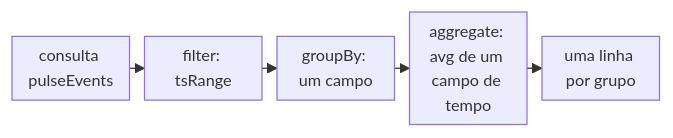
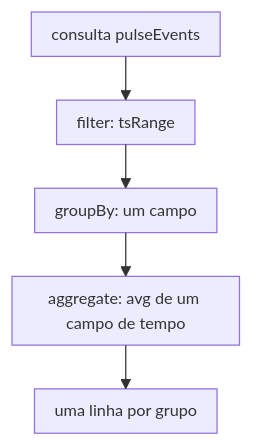
Before and after one commit to aziontech/docs: the diagram in apps/docs/src/content/docs/pt-br/pages/guias/observabilidade/consultar-medicoes-do-edge-pulse-com-graphql.mdx, drawn with Mermaid. The commit also changed 179 other files, not shown here.

Commit message:
docs(diagrams): redraw every other diagram in the use-case diagram style (#2513)

````diff
--- a/apps/docs/src/content/docs/pt-br/pages/guias/observabilidade/consultar-medicoes-do-edge-pulse-com-graphql.mdx
+++ b/apps/docs/src/content/docs/pt-br/pages/guias/observabilidade/consultar-medicoes-do-edge-pulse-com-graphql.mdx
@@ -18,8 +18,8 @@
 ```mermaid
-%%{init: {"layout": "dagre", "themeVariables": {"fontSize": "13px"}, "flowchart": {"nodeSpacing": 12, "rankSpacing": 12, "padding": 6, "wrappingWidth": 70, "minNodeWidth": 40, "useMaxWidth": true}}}%%
-flowchart LR
+%%{init: {"layout": "elk", "themeVariables": {"fontSize": "13px"}, "flowchart": {"nodeSpacing": 24, "rankSpacing": 36, "padding": 8, "wrappingWidth": 150, "useMaxWidth": true}, "sequence": {"width": 120, "actorMargin": 30, "useMaxWidth": true}}}%%
+flowchart TD
   Q["consulta pulseEvents"] --> Range["filter: tsRange"]
   Range --> Group["groupBy: um campo"]
   Group --> Agg["aggregate: avg de um campo de tempo"]
   Agg --> Rows["uma linha por grupo"]
 ```
````
